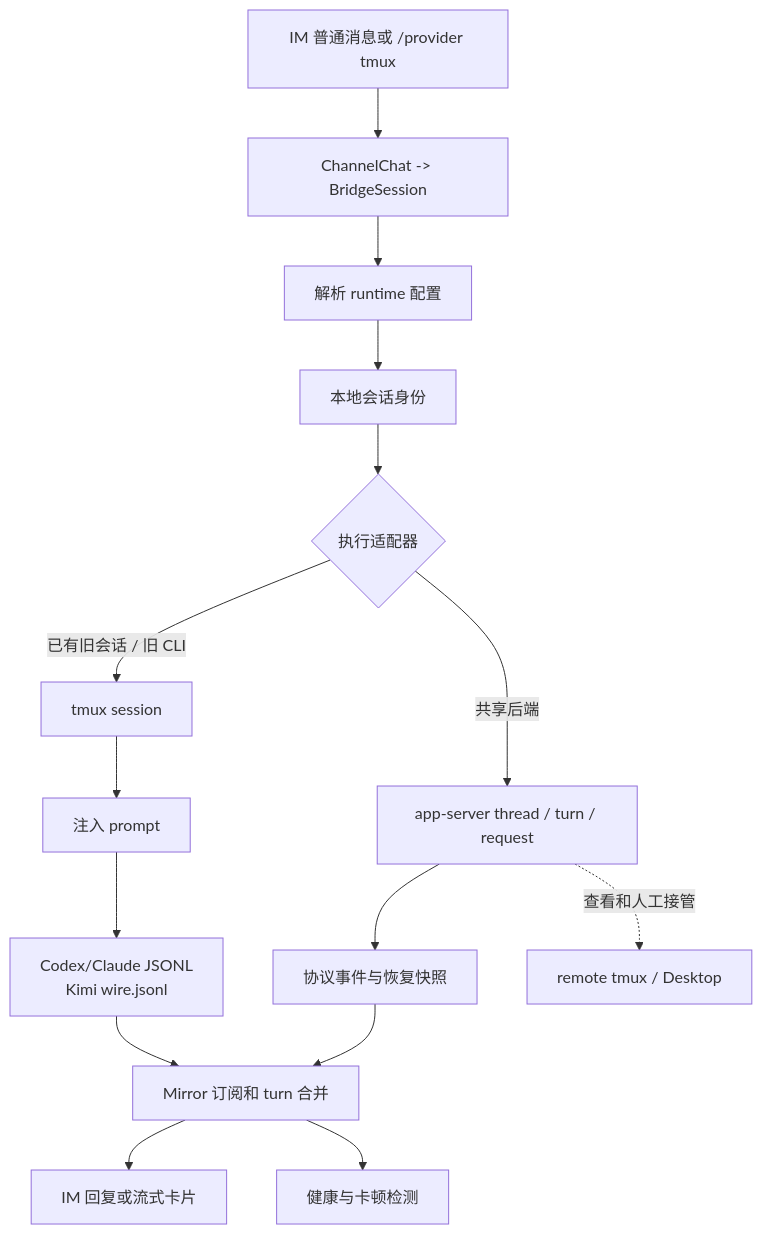
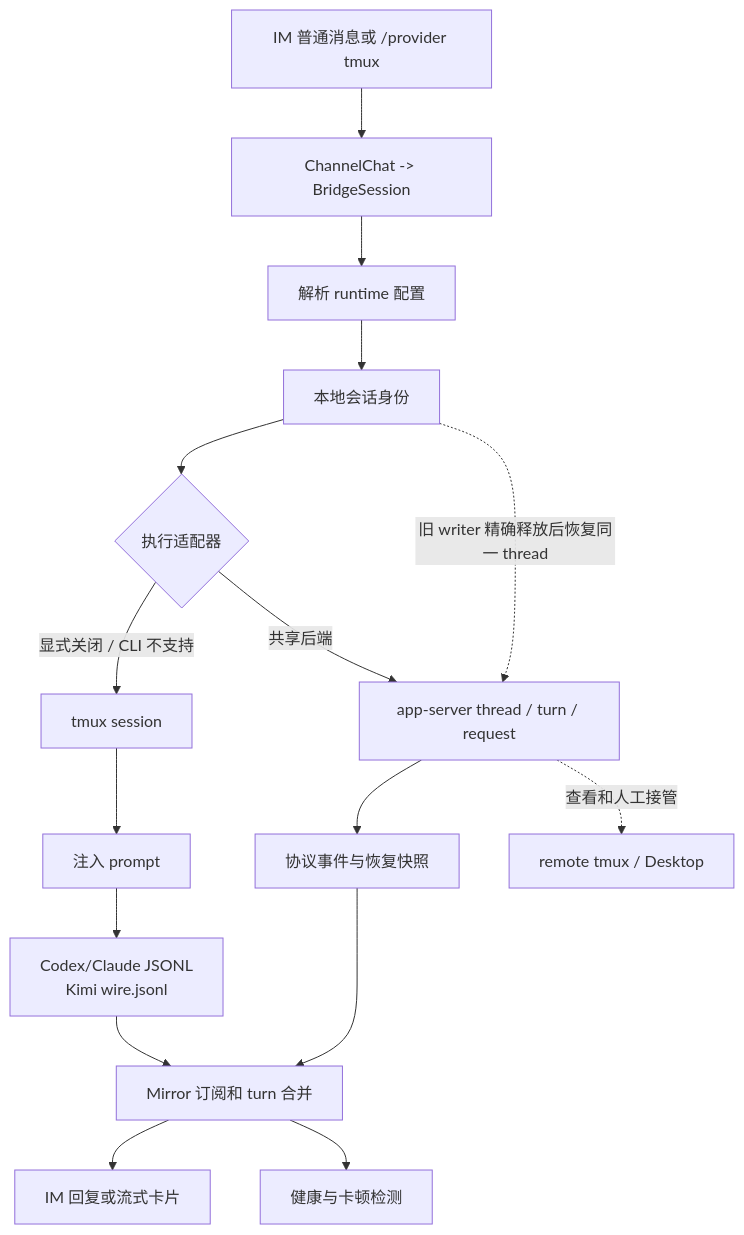
One commit to huiyeruzhou/codelark changed the diagram in docs/architecture/tmux-runtime-lifecycle.md. Above: the diagram before and after it, drawn with Mermaid. The commit also changed other lines of this file and 15 other files, not shown here.

````diff
--- a/docs/architecture/tmux-runtime-lifecycle.md
+++ b/docs/architecture/tmux-runtime-lifecycle.md
@@ -7,28 +7,29 @@
 ```mermaid
 flowchart TD
   msg[IM 普通消息或 /provider tmux]
   binding[ChannelChat -> BridgeSession]
   config[解析 runtime 配置]
   thread[本地会话身份]
   tmux[tmux session]
   inject[注入 prompt]
   jsonl[Codex/Claude JSONL<br/>Kimi wire.jsonl]
   mirror[Mirror 订阅和 turn 合并]
   health[健康与卡顿检测]
   reply[IM 回复或流式卡片]
 
   msg --> binding
   binding --> config
   config --> thread
   thread --> protocol{执行适配器}
-  protocol -->|已有旧会话 / 旧 CLI| tmux
+  protocol -->|显式关闭 / CLI 不支持| tmux
   protocol -->|共享后端| app[app-server thread / turn / request]
+  thread -.旧 writer 精确释放后恢复同一 thread.-> app
   app --> events[协议事件与恢复快照]
   events --> mirror
   app -.查看和人工接管.-> view[remote tmux / Desktop]
   tmux --> inject
   inject --> jsonl
   jsonl --> mirror
   mirror --> reply
   mirror --> health
 ```
````
